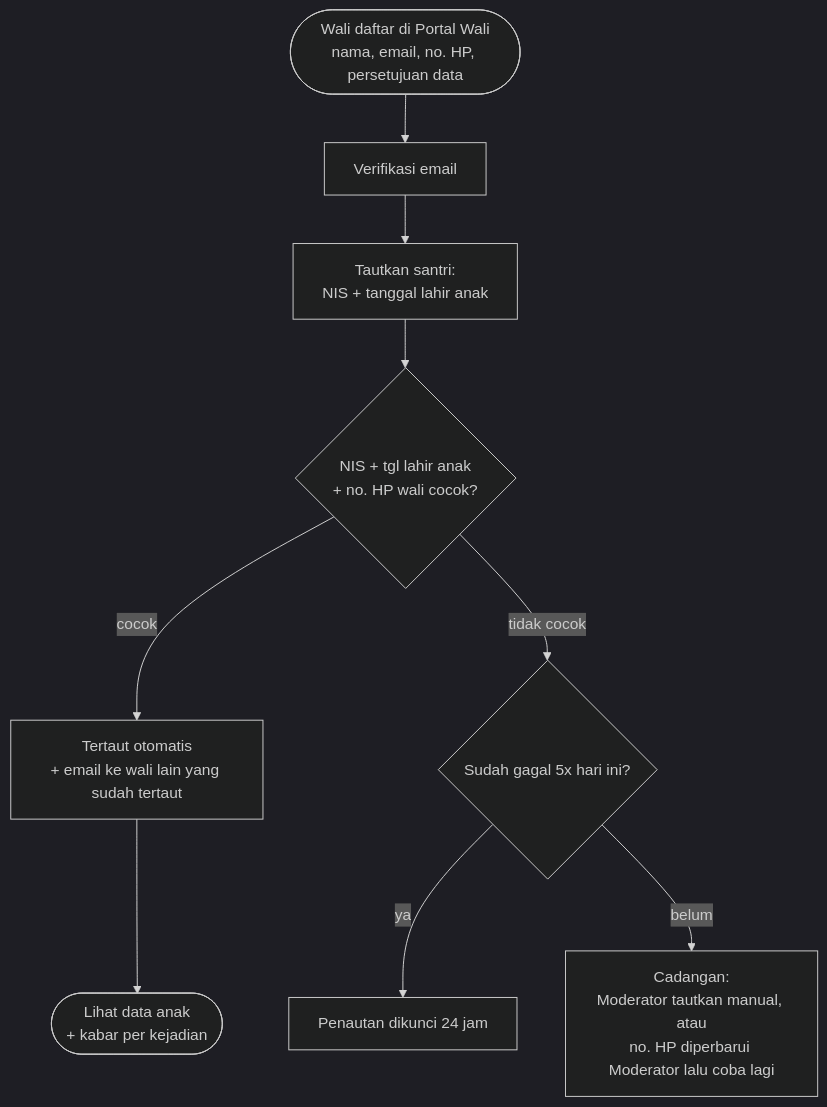
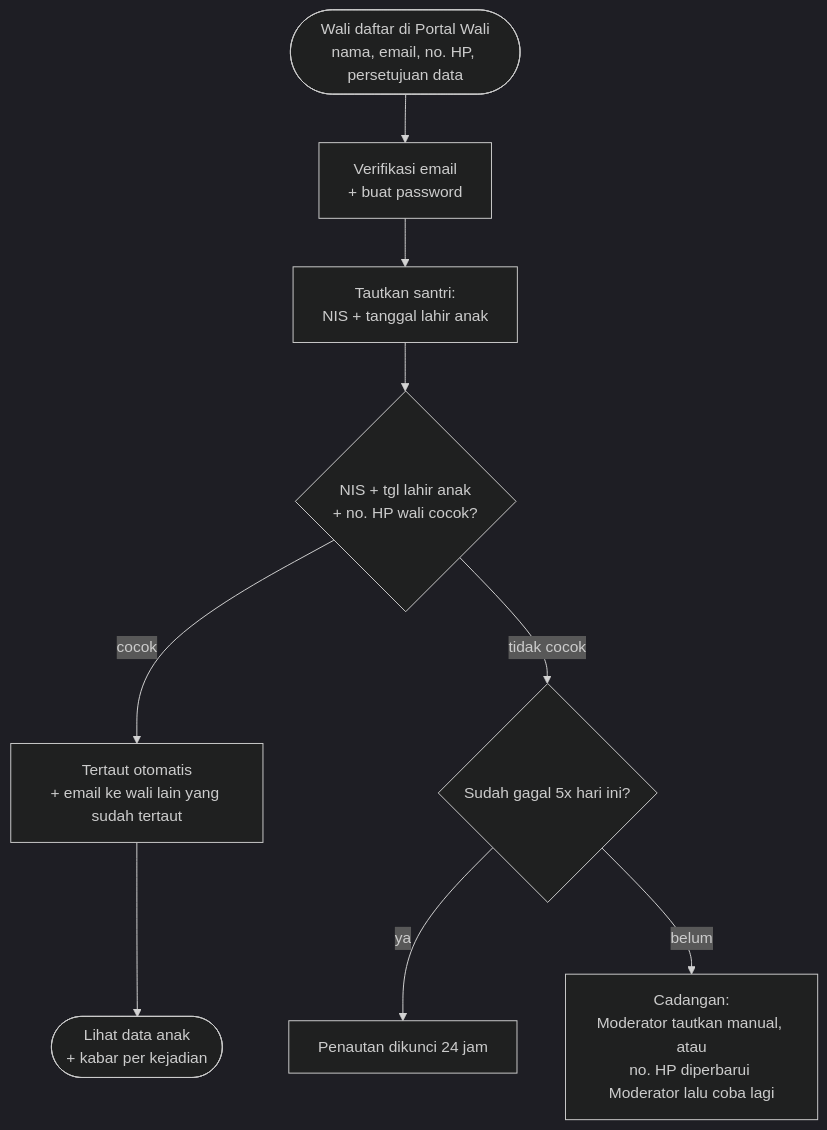
Before and after one commit to SiJao/ProjectJao: the sixth of 6 diagrams in README.md, drawn with Mermaid (dark theme). The commit also changed other lines of this file and 16 other files, not shown here.

First line of the commit message:
Audit keamanan: password sementara acak, batas per IP, pembatasan data & kontak

````diff
--- a/README.md
+++ b/README.md
@@ -737,11 +749,11 @@
 ```mermaid
 flowchart TD
-    A(["Wali daftar di Portal Wali<br/>nama, email, no. HP, persetujuan data"]) --> B["Verifikasi email"]
+    A(["Wali daftar di Portal Wali<br/>nama, email, no. HP, persetujuan data"]) --> B["Verifikasi email<br/>+ buat password"]
     B --> C["Tautkan santri:<br/>NIS + tanggal lahir anak"]
     C --> D{"NIS + tgl lahir anak<br/>+ no. HP wali cocok?"}
     D -- "cocok" --> E["Tertaut otomatis<br/>+ email ke wali lain yang sudah tertaut"]
     D -- "tidak cocok" --> F{"Sudah gagal 5x hari ini?"}
     F -- "ya" --> G["Penautan dikunci 24 jam"]
     F -- "belum" --> H["Cadangan:<br/>Moderator tautkan manual, atau<br/>no. HP diperbarui Moderator lalu coba lagi"]
     E --> I(["Lihat data anak<br/>+ kabar per kejadian"])
 ```
````
